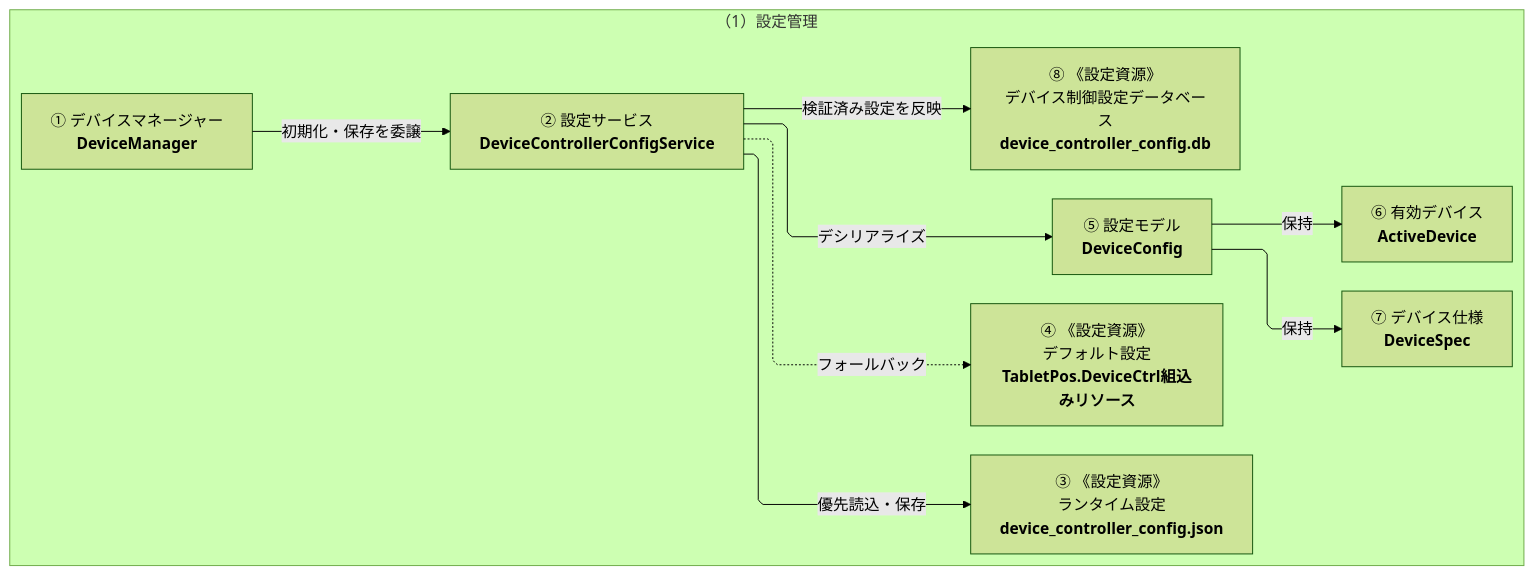
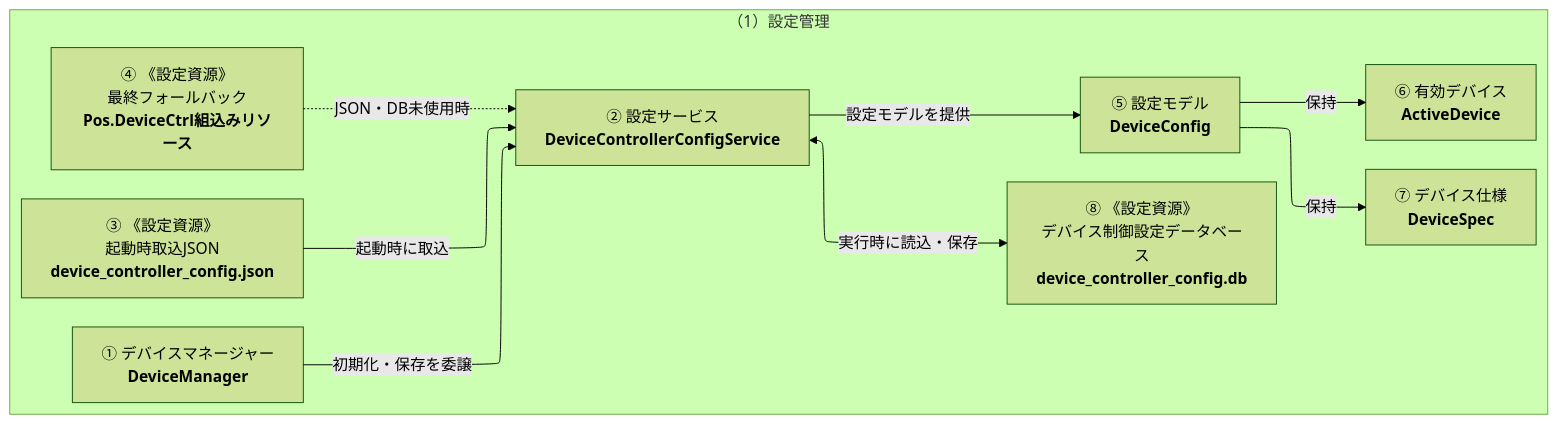
The second of 3 diagrams in artifacts/reports/architecture/ARCH-DEVICE-01_次世代POS_デバイス制御クラス構成図/ARCH-DEVICE-01_次世代POS_デバイス制御クラス構成図.md (vti-sam/smj-ks-pos-stored), drawn with Mermaid (forest theme) before and after one commit. The commit also changed other lines of this file and 99 other files, not shown here.

````diff
--- a/artifacts/reports/architecture/ARCH-DEVICE-01_次世代POS_デバイス制御クラス構成図/ARCH-DEVICE-01_次世代POS_デバイス制御クラス構成図.md
+++ b/artifacts/reports/architecture/ARCH-DEVICE-01_次世代POS_デバイス制御クラス構成図/ARCH-DEVICE-01_次世代POS_デバイス制御クラス構成図.md
@@ -278,43 +276,43 @@
 ```mermaid
 ---
 config:
-  layout: elk
-  elk:
-    mergeEdges: false
-    nodePlacementStrategy: BRANDES_KOEPF
-    cycleBreakingStrategy: GREEDY
-  flowchart:
-    curve: linear
-    nodeSpacing: 26
-    rankSpacing: 50
+ layout: elk
+ elk:
+ mergeEdges: false
+ nodePlacementStrategy: BRANDES_KOEPF
+ cycleBreakingStrategy: GREEDY
+ flowchart:
+ curve: linear
+ nodeSpacing: 26
+ rankSpacing: 50
 ---
 flowchart LR
-    %% diagram-profile=logical-architecture
+ %% diagram-profile=logical-architecture
 %% legend-bind container.CONFIG_DOMAIN=デバイス制御領域
-    %% legend-bind class.classNode=クラス
-    %% legend-bind class.artifactNode=《設定資源》
-    %% legend-bind edge.default=━━▶ 主な関係
-    %% legend-bind edge.dashed=┄┄▶ 補助関係
-    %% legend-bind label=コネクターラベル
-    subgraph CONFIG_DOMAIN["（1）設定管理"]
-        MANAGER["① デバイスマネージャー<br/><b>DeviceManager</b>"]
-        CONFIG["② 設定サービス<br/><b>DeviceControllerConfigService</b>"]
-        RUNTIME["③ 《設定資源》<br/>ランタイム設定<br/><b>device_controller_config.json</b>"]
-        DEFAULT["④ 《設定資源》<br/>デフォルト設定<br/><b>TabletPos.DeviceCtrl組込みリソース</b>"]
-        MODEL["⑤ 設定モデル<br/><b>DeviceConfig</b>"]
-        ACTIVE["⑥ 有効デバイス<br/><b>ActiveDevice</b>"]
-        SPEC["⑦ デバイス仕様<br/><b>DeviceSpec</b>"]
-        DATABASE["⑧ 《設定資源》<br/>デバイス制御設定データベース<br/><b>device_controller_config.db</b>"]
+ %% legend-bind class.classNode=クラス
+ %% legend-bind class.artifactNode=《設定資源》
+ %% legend-bind edge.default=━━▶ 主な関係
+ %% legend-bind edge.dashed=┄┄▶ 補助関係
+ %% legend-bind label=コネクターラベル
+ subgraph CONFIG_DOMAIN["（1）設定管理"]
+ MANAGER["① デバイスマネージャー<br/><b>DeviceManager</b>"]
+ CONFIG["② 設定サービス<br/><b>DeviceControllerConfigService</b>"]
+ RUNTIME["③ 《設定資源》<br/>起動時取込JSON<br/><b>device_controller_config.json</b>"]
+ DEFAULT["④ 《設定資源》<br/>最終フォールバック<br/><b>Pos.DeviceCtrl組込みリソース</b>"]
+ MODEL["⑤ 設定モデル<br/><b>DeviceConfig</b>"]
+ ACTIVE["⑥ 有効デバイス<br/><b>ActiveDevice</b>"]
+ SPEC["⑦ デバイス仕様<br/><b>DeviceSpec</b>"]
+ DATABASE["⑧ 《設定資源》<br/>デバイス制御設定データベース<br/><b>device_controller_config.db</b>"]
 
-        MANAGER -->|初期化・保存を委譲| CONFIG
-        CONFIG -->|優先読込・保存| RUNTIME
-        CONFIG -.->|フォールバック| DEFAULT
-        CONFIG -->|デシリアライズ| MODEL
-        CONFIG -->|検証済み設定を反映| DATABASE
-        MODEL -->|保持| ACTIVE
-        MODEL -->|保持| SPEC
-    end
+ MANAGER -->|初期化・保存を委譲| CONFIG
+ RUNTIME -->|起動時に取込| CONFIG
+ DEFAULT -.->|JSON・DB未使用時| CONFIG
+ CONFIG -->|設定モデルを提供| MODEL
+ CONFIG <-->|実行時に読込・保存| DATABASE
+ MODEL -->|保持| ACTIVE
+ MODEL -->|保持| SPEC
+ end
 
-    class MANAGER,CONFIG,MODEL,ACTIVE,SPEC classNode
-    class RUNTIME,DEFAULT,DATABASE artifactNode
+ class MANAGER,CONFIG,MODEL,ACTIVE,SPEC classNode
+ class RUNTIME,DEFAULT,DATABASE artifactNode
 ```
````
